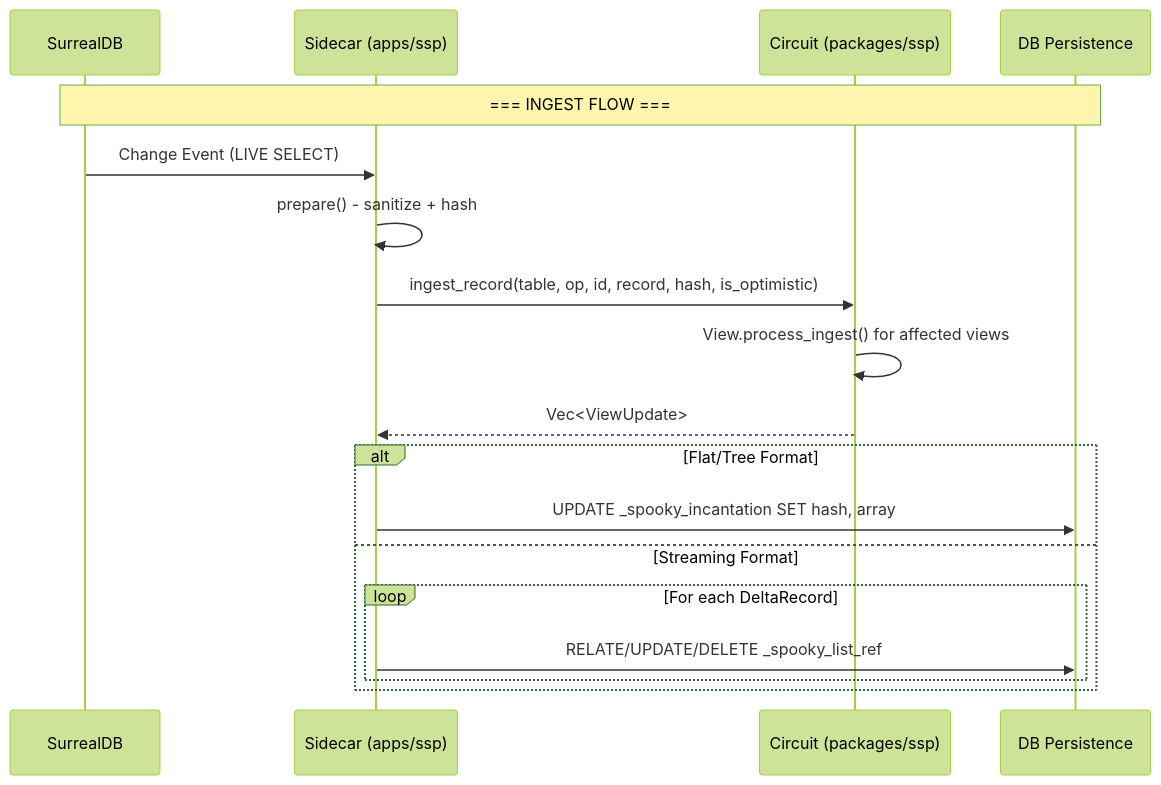
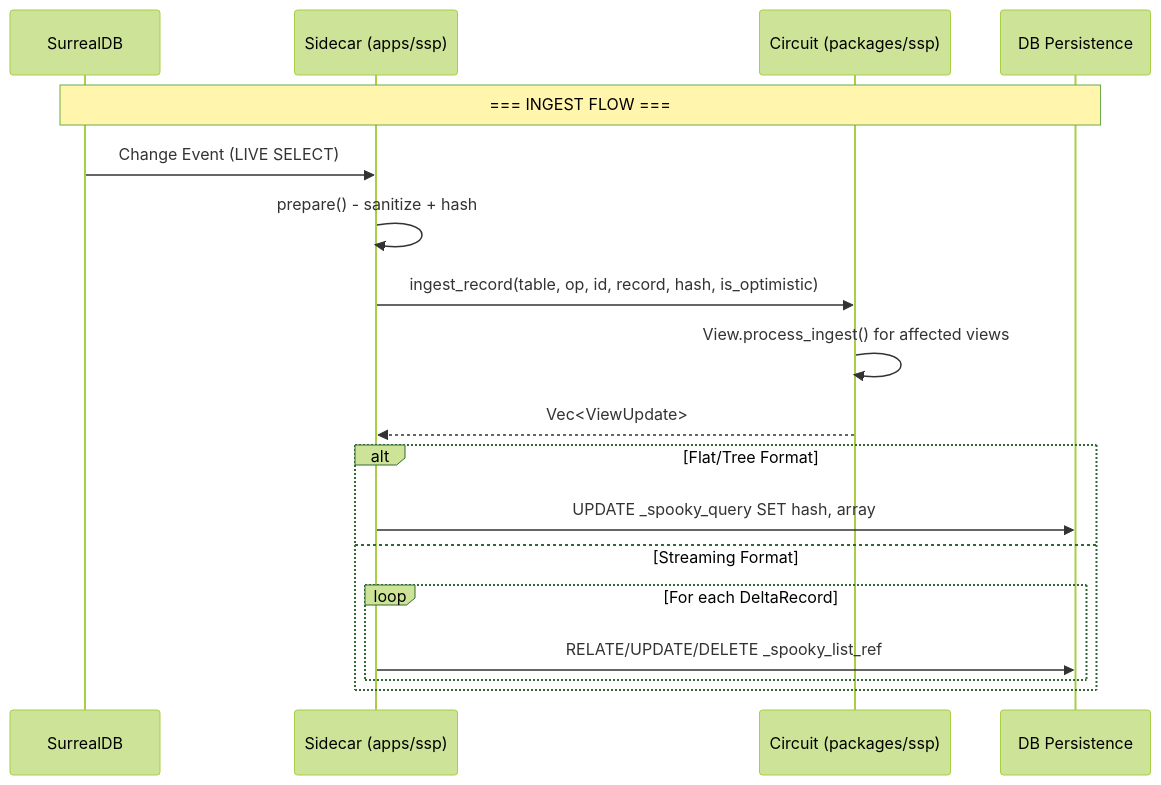
One commit to mono424/spooky changed the diagram in packages/ssp/README.md. Above: the diagram before and after it, drawn with Mermaid (forest theme). The commit also changed other lines of this file and 34 other files, not shown here.

````diff
--- a/packages/ssp/README.md
+++ b/packages/ssp/README.md
@@ -84,23 +94,23 @@
 ```mermaid
 sequenceDiagram
     participant DB as SurrealDB
     participant SC as Sidecar (apps/ssp)
     participant DBSP as Circuit (packages/ssp)
     participant OUT as DB Persistence
 
     Note over DB,OUT: === INGEST FLOW ===
-    
+
     DB->>SC: Change Event (LIVE SELECT)
     SC->>SC: prepare() - sanitize + hash
     SC->>DBSP: ingest_record(table, op, id, record, hash, is_optimistic)
     DBSP->>DBSP: View.process_ingest() for affected views
     DBSP-->>SC: Vec<ViewUpdate>
-    
+
     alt Flat/Tree Format
-        SC->>OUT: UPDATE _spooky_incantation SET hash, array
+        SC->>OUT: UPDATE _spooky_query SET hash, array
     else Streaming Format
         loop For each DeltaRecord
             SC->>OUT: RELATE/UPDATE/DELETE _spooky_list_ref
         end
     end
 ```
````
